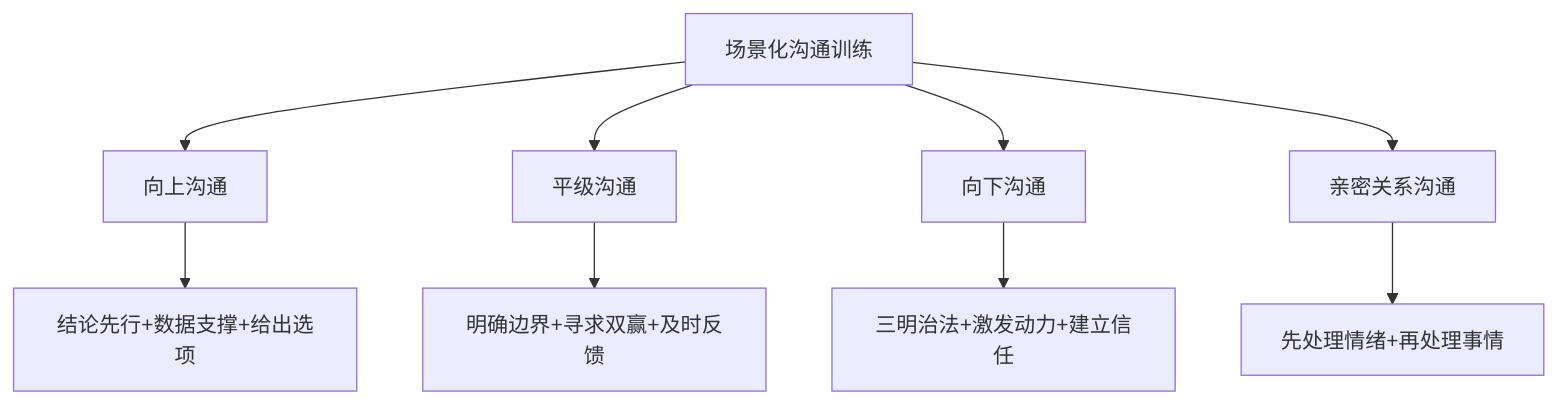
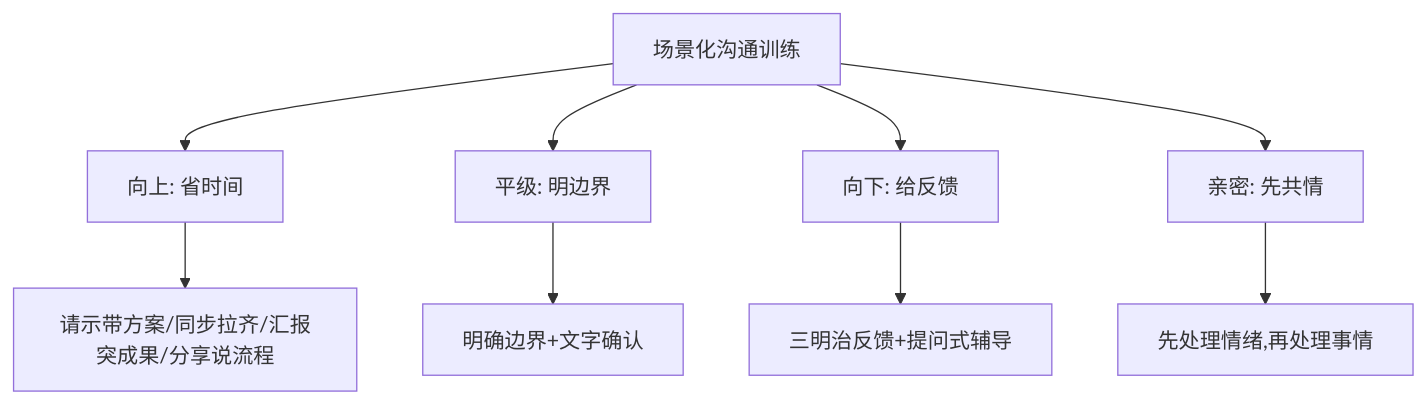
Diagram 11 of 14 in packages/website/13.书籍/06.自我精进·立言/02.沟通实战/02.沟通能力的演进.md (chongyang211/YCBookBlog), drawn with Mermaid before and after one commit. The commit also changed other lines of this file, not shown here.

````diff
--- a/packages/website/13.书籍/06.自我精进·立言/02.沟通实战/02.沟通能力的演进.md
+++ b/packages/website/13.书籍/06.自我精进·立言/02.沟通实战/02.沟通能力的演进.md
@@ -320,11 +331,11 @@
 ```mermaid
 graph TD
-    A[场景化沟通训练] --> B[向上沟通]
-    A --> C[平级沟通]
-    A --> D[向下沟通]
-    A --> E[亲密关系沟通]
-    B --> B1[结论先行+数据支撑+给出选项]
-    C --> C1[明确边界+寻求双赢+及时反馈]
-    D --> D1[三明治法+激发动力+建立信任]
-    E --> E1[先处理情绪+再处理事情]
+    A[场景化沟通训练] --> B[向上: 省时间]
+    A --> C[平级: 明边界]
+    A --> D[向下: 给反馈]
+    A --> E[亲密: 先共情]
+    B --> B1[请示带方案/同步拉齐/汇报突成果/分享说流程]
+    C --> C1[明确边界+文字确认]
+    D --> D1[三明治反馈+提问式辅导]
+    E --> E1[先处理情绪,再处理事情]
 ```
````
